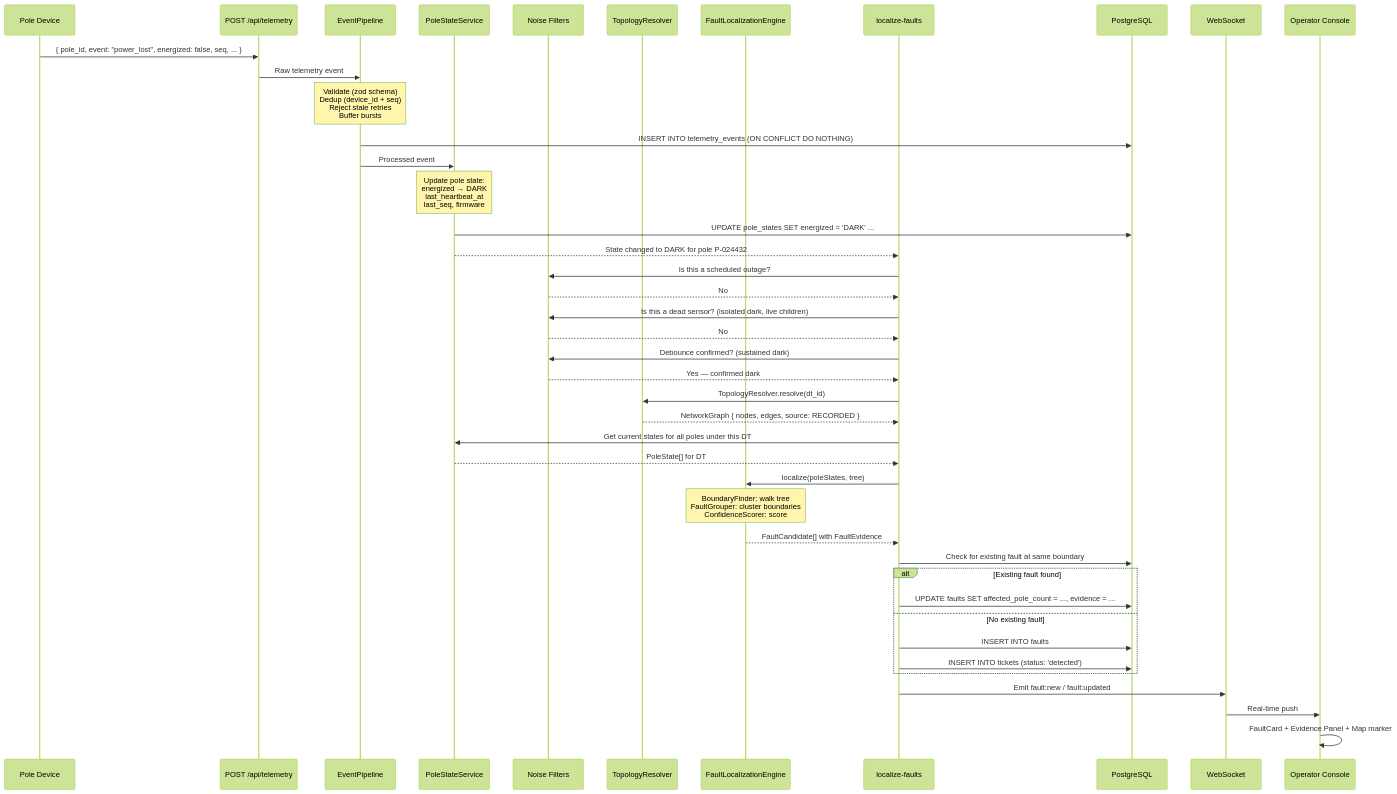
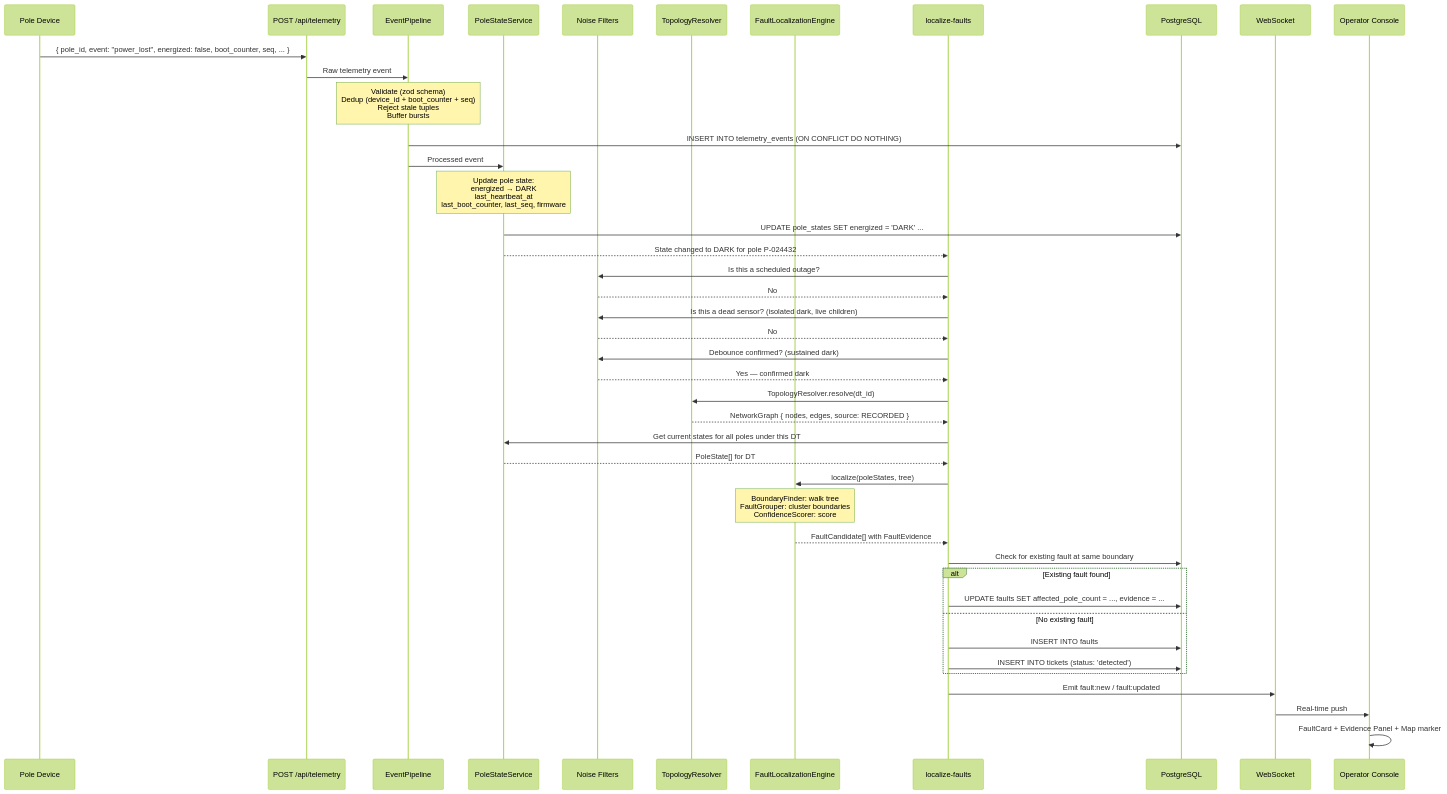
Before and after one commit to balaji0931/ElectriFix: the diagram in LOCALIZATION-SPECIFICATION.md, drawn with Mermaid (forest theme). The commit also changed other lines of this file and 6 other files, not shown here.

Commit message:
docs: introduce telemetry stream identity using boot_counter

````diff
--- a/LOCALIZATION-SPECIFICATION.md
+++ b/LOCALIZATION-SPECIFICATION.md
@@ -257,60 +257,60 @@
 ```mermaid
 sequenceDiagram
     participant Device as Pole Device
     participant API as POST /api/telemetry
     participant EP as EventPipeline
     participant PSS as PoleStateService
     participant NF as Noise Filters
     participant TR as TopologyResolver
     participant FLE as FaultLocalizationEngine
     participant UC as localize-faults
     participant DB as PostgreSQL
     participant WS as WebSocket
     participant UI as Operator Console
 
-    Device->>API: { pole_id, event: "power_lost", energized: false, seq, ... }
+    Device->>API: { pole_id, event: "power_lost", energized: false, boot_counter, seq, ... }
     API->>EP: Raw telemetry event
 
-    Note over EP: Validate (zod schema)<br/>Dedup (device_id + seq)<br/>Reject stale retries<br/>Buffer bursts
+    Note over EP: Validate (zod schema)<br/>Dedup (device_id + boot_counter + seq)<br/>Reject stale tuples<br/>Buffer bursts
 
     EP->>DB: INSERT INTO telemetry_events (ON CONFLICT DO NOTHING)
     EP->>PSS: Processed event
 
-    Note over PSS: Update pole state:<br/>energized → DARK<br/>last_heartbeat_at<br/>last_seq, firmware
+    Note over PSS: Update pole state:<br/>energized → DARK<br/>last_heartbeat_at<br/>last_boot_counter, last_seq, firmware
 
     PSS->>DB: UPDATE pole_states SET energized = 'DARK' ...
     PSS-->>UC: State changed to DARK for pole P-024432
 
     UC->>NF: Is this a scheduled outage?
     NF-->>UC: No
 
     UC->>NF: Is this a dead sensor? (isolated dark, live children)
     NF-->>UC: No
 
     UC->>NF: Debounce confirmed? (sustained dark)
     NF-->>UC: Yes — confirmed dark
 
     UC->>TR: TopologyResolver.resolve(dt_id)
     TR-->>UC: NetworkGraph { nodes, edges, source: RECORDED }
 
     UC->>PSS: Get current states for all poles under this DT
     PSS-->>UC: PoleState[] for DT
 
     UC->>FLE: localize(poleStates, tree)
 
     Note over FLE: BoundaryFinder: walk tree<br/>FaultGrouper: cluster boundaries<br/>ConfidenceScorer: score
 
     FLE-->>UC: FaultCandidate[] with FaultEvidence
 
     UC->>DB: Check for existing fault at same boundary
     alt Existing fault found
         UC->>DB: UPDATE faults SET affected_pole_count = ..., evidence = ...
     else No existing fault
         UC->>DB: INSERT INTO faults
         UC->>DB: INSERT INTO tickets (status: 'detected')
     end
 
     UC->>WS: Emit fault:new / fault:updated
     WS->>UI: Real-time push
     UI->>UI: FaultCard + Evidence Panel + Map marker
 ```
````
